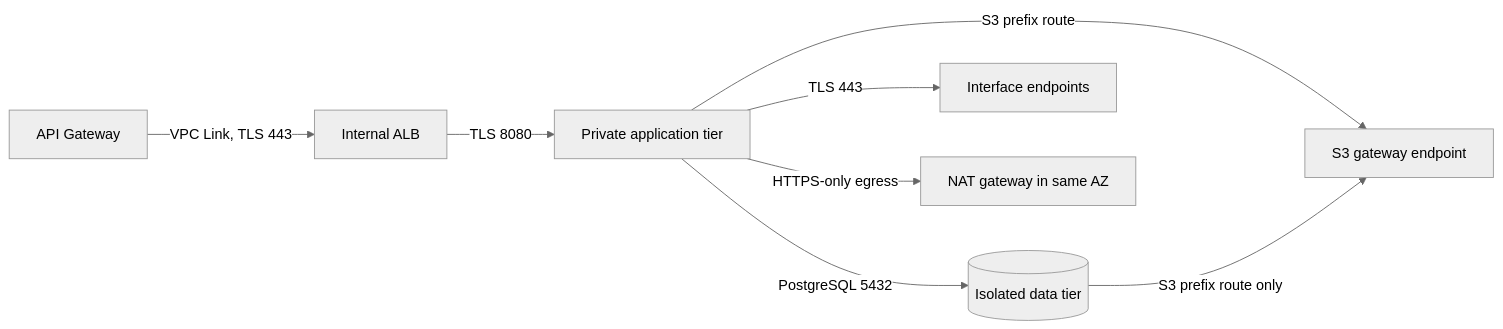
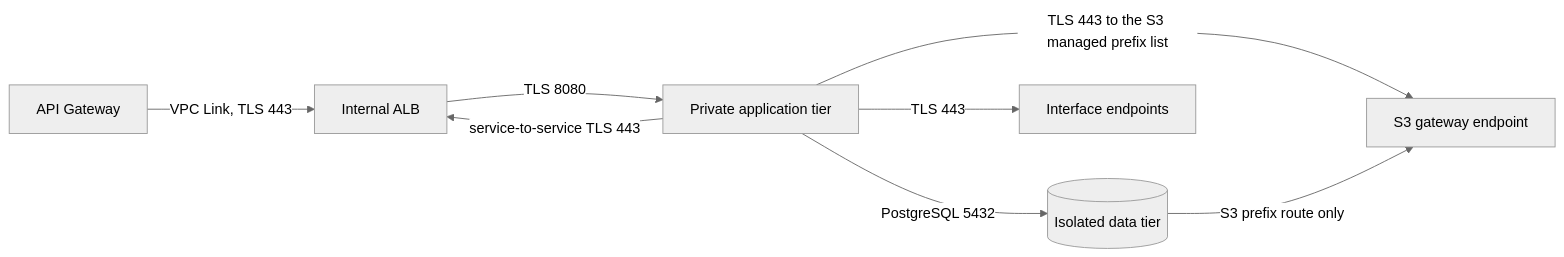
Before and after one commit to Blitzy-LocalStack/aws-mainframe-modernization-carddemo: the diagram in infra/modules/network/README.md, drawn with Mermaid (neutral theme). The commit also changed other lines of this file and 533 other files, not shown here.

````diff
--- a/infra/modules/network/README.md
+++ b/infra/modules/network/README.md
@@ -33,10 +33,10 @@
 ```mermaid
 graph LR
     API[API Gateway] -->|VPC Link, TLS 443| ALB[Internal ALB]
     ALB -->|TLS 8080| APP[Private application tier]
+    APP -->|"service-to-service TLS 443"| ALB
     APP -->|PostgreSQL 5432| DB[(Isolated data tier)]
     APP -->|TLS 443| EP[Interface endpoints]
-    APP -->|HTTPS-only egress| NAT[NAT gateway in same AZ]
-    APP -->|S3 prefix route| S3[S3 gateway endpoint]
+    APP -->|"TLS 443 to the S3 managed prefix list"| S3[S3 gateway endpoint]
     DB -->|S3 prefix route only| S3
 ```
````
